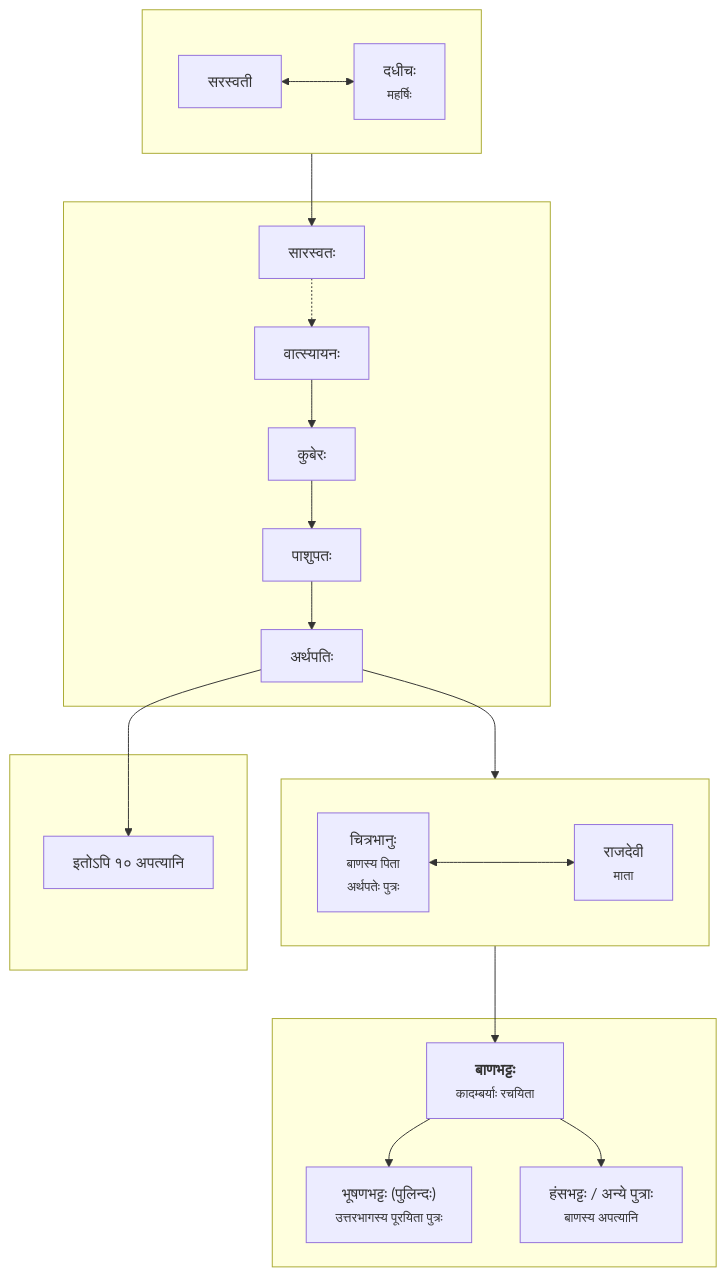
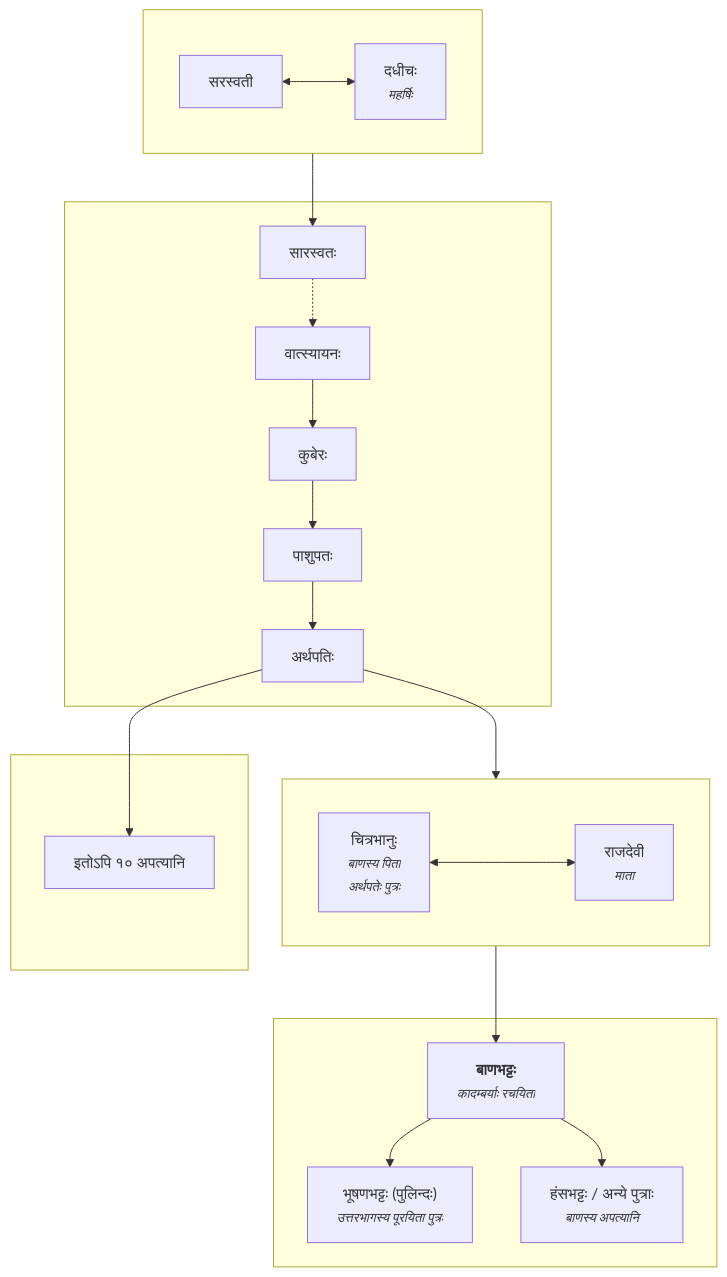
Before and after one commit to vagvibha/sahitya: the first of 2 diagrams in kavya/texts/kd/00/kd00-01.md, drawn with Mermaid. The commit also changed other lines of this file and 3 other files, not shown here.

````diff
--- a/kavya/texts/kd/00/kd00-01.md
+++ b/kavya/texts/kd/00/kd00-01.md
@@ -26,50 +26,45 @@
 ```mermaid
 flowchart TD
-    %% 1. ORIGIN LAYER: S and M locked side-by-side
     subgraph Origin [" "]
         direction LR
-        S["<div style='text-align:center;'>सरस्वती</div>"] <--> M["<div style='text-align:center;'>दधीचः<br><small>महर्षिः</small></div>"]
+        S["सरस्वती"] <--> M["`दधीचः<br><small>_महर्षिः_</small>`"]
     end
 
     subgraph Origin_Kids [" "]
         S1["सारस्वतः"]
         V1["वात्स्यायनः"]
         K1["कुबेरः"]
         P1["पाशुपतः"]
         A1["अर्थपतिः"]
     end
 
-
-    %% 3. PARENTS LAYER: C1 and R1 locked side-by-side
     subgraph Parents [" "]
         direction LR
-        C1["<div style='text-align:center;'>चित्रभानुः<br><small>बाणस्य पिता<br>अर्थपतेः पुत्रः</small></div>"] <---> R1["<div style='text-align:center;'>राजदेवी<br><small>माता</small></div>"]
+        C1["`चित्रभानुः<br><small>_बाणस्य पिता_<br>_अर्थपतेः पुत्रः_</small>`"] <---> R1["`राजदेवी<br><small>_माता_</small>`"]
     end
     
     subgraph ArthapatiSons [" "]
         OtherSons["इतोऽपि १० अपत्यानि"]
     end
 
-    %% 4. AUTHOR LAYER
     subgraph Author [" "]
-        Bana["<div style='text-align:center;'><b>बाणभट्टः</b><br><small>कादम्बर्याः रचयिता</small></div>"]
-        Bhushan["<div style='text-align:center;'>भूषणभट्टः (पुलिन्दः)<br><small>उत्तरभागस्य पूरयिता पुत्रः</small></div>"]
-        Hamsa["<div style='text-align:center;'>हंसभट्टः / अन्ये पुत्राः<br><small>बाणस्य अपत्यानि</small></div>"]
+        Bana["`**बाणभट्टः**<br><small>_कादम्बर्याः रचयिता_</small>`"] 
+        Bhushan["`भूषणभट्टः (पुलिन्दः)<br><small>_उत्तरभागस्य पूरयिता पुत्रः_</small>`"]
+        Hamsa["`हंसभट्टः / अन्ये पुत्राः<br><small>_बाणस्य अपत्यानि_</small>`"]
     end
 
     %% CONNECTIONS & FLOW
     Origin --> S1
     S1 -.-> V1
     V1 --> K1
     K1 --> P1
     P1 --> A1
     
-    %% By targeting the subgraphs uniformly, the layout engine keeps them perfectly level
     A1 --> Parents
     A1 --> OtherSons
 
     Parents --> Bana
     Bana --> Bhushan
     Bana --> Hamsa
 
 ```
````
